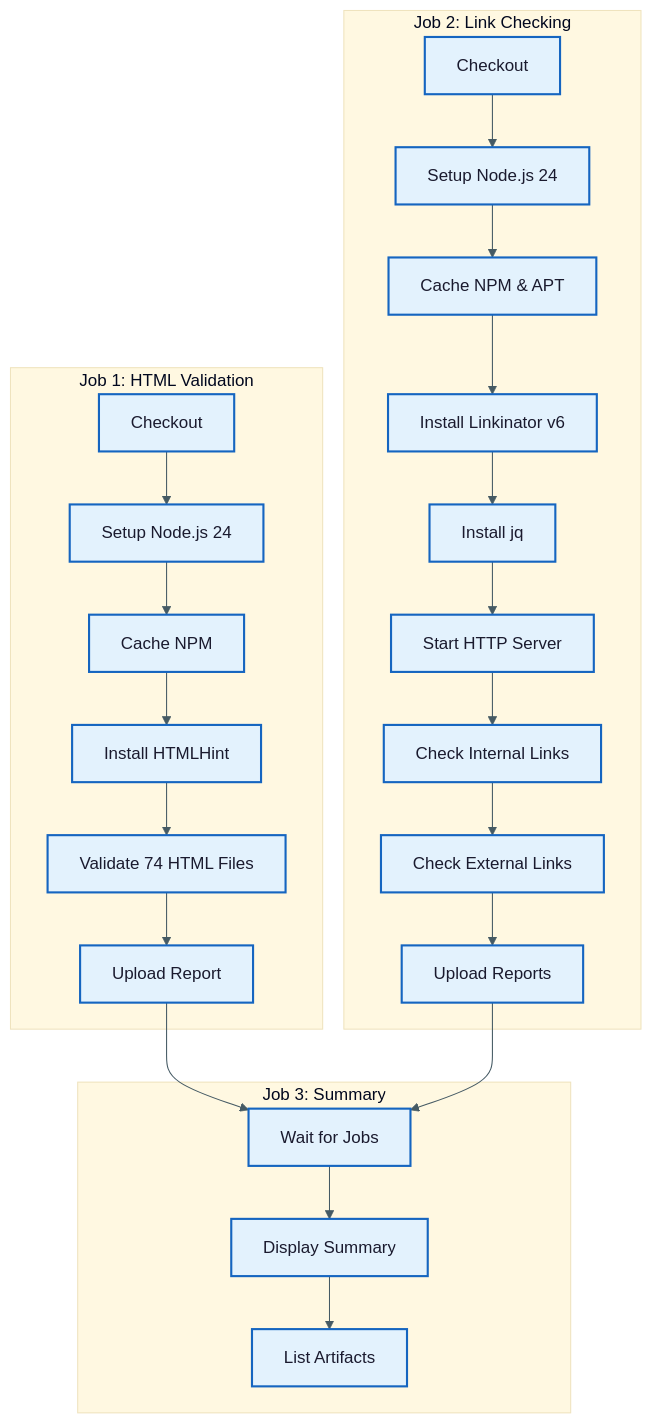
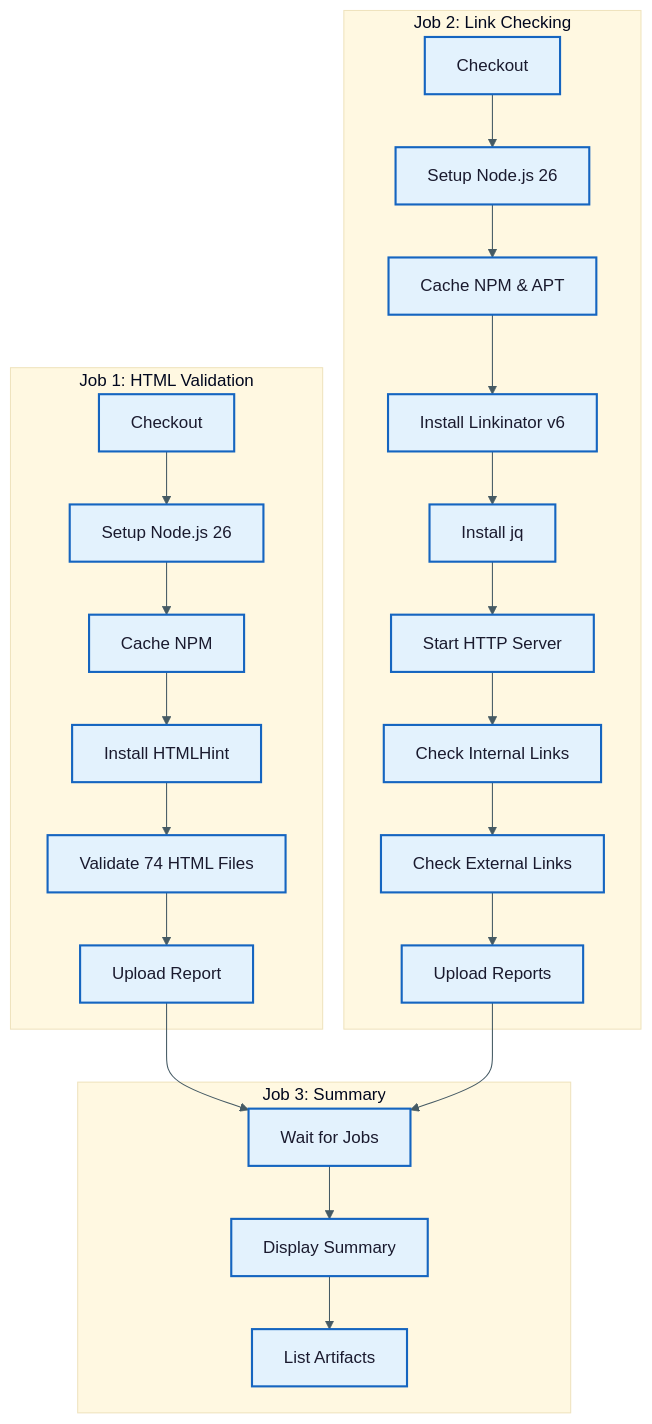
One commit to Hack23/homepage changed the third of 8 diagrams in WORKFLOWS.md. Above: the diagram before and after it, drawn with Mermaid. The commit also changed 11 other files, not shown here.

````diff
--- a/WORKFLOWS.md
+++ b/WORKFLOWS.md
@@ -266,37 +266,37 @@
 ```mermaid
 %%{init: {"theme": "base", "themeVariables": {"primaryColor": "#2196F3", "primaryTextColor": "#1a1a2e", "lineColor": "#455A64", "secondaryColor": "#e8f5e9", "tertiaryColor": "#fff8e1", "primaryBorderColor": "#1565C0"}}}%%
 graph TB
     subgraph "Job 1: HTML Validation"
-        A1[Checkout] --> A2[Setup Node.js 24]
+        A1[Checkout] --> A2[Setup Node.js 26]
         A2 --> A3[Cache NPM]
         A3 --> A4[Install HTMLHint]
         A4 --> A5[Validate 74 HTML Files]
         A5 --> A6[Upload Report]
     end
     
     subgraph "Job 2: Link Checking"
-        B1[Checkout] --> B2[Setup Node.js 24]
+        B1[Checkout] --> B2[Setup Node.js 26]
         B2 --> B3[Cache NPM & APT]
         B3 --> B4[Install Linkinator v6]
         B4 --> B5[Install jq]
         B5 --> B6[Start HTTP Server]
         B6 --> B7[Check Internal Links]
         B7 --> B8[Check External Links]
         B8 --> B9[Upload Reports]
     end
     
     subgraph "Job 3: Summary"
         C1[Wait for Jobs] --> C2[Display Summary]
         C2 --> C3[List Artifacts]
     end
     
     A6 --> C1
     B9 --> C1
 
     classDef default fill:#e3f2fd,stroke:#1565C0,stroke-width:2px,color:#1a1a2e
     classDef primary fill:#2196F3,stroke:#1565C0,stroke-width:2px,color:#ffffff
     classDef success fill:#4CAF50,stroke:#2E7D32,stroke-width:2px,color:#ffffff
     classDef warning fill:#FF9800,stroke:#F57C00,stroke-width:2px,color:#ffffff
     classDef danger fill:#D32F2F,stroke:#B71C1C,stroke-width:2px,color:#ffffff
     classDef info fill:#455A64,stroke:#263238,stroke-width:2px,color:#ffffff
 ```
````
